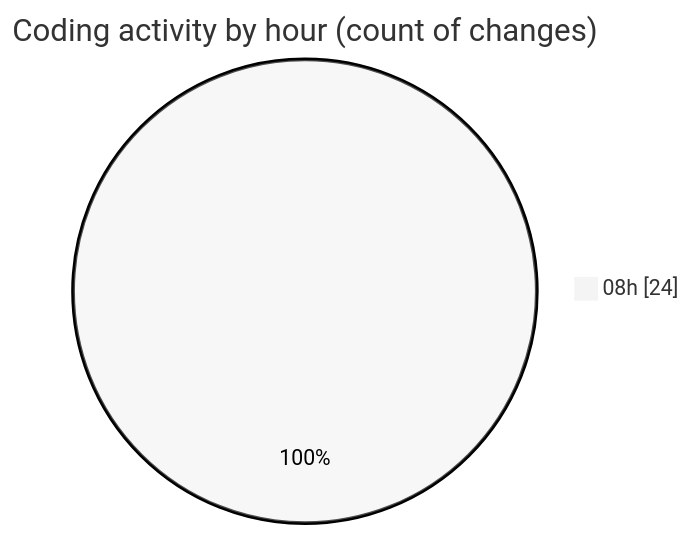
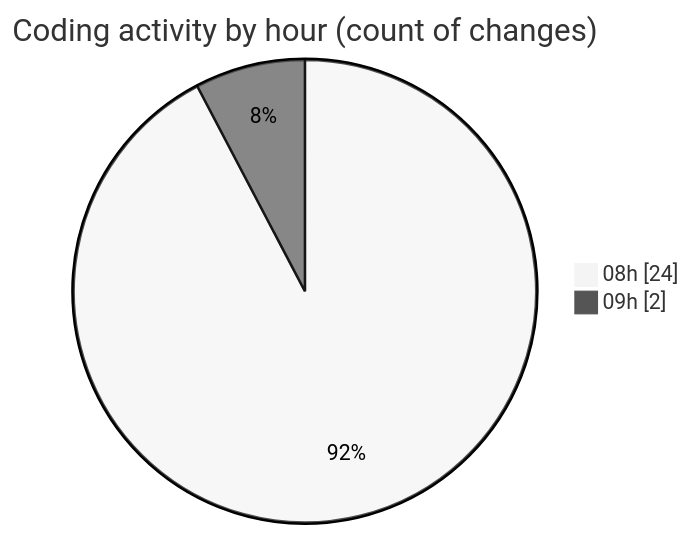
One commit to Elitesun/code-tracking changed the second of 2 diagrams in 2025-05-12/niten/README.md. Above: the diagram before and after it, drawn with Mermaid (neutral theme). The commit also changed other lines of this file and 1 other file, not shown here.

````diff
--- a/2025-05-12/niten/README.md
+++ b/2025-05-12/niten/README.md
@@ -39,5 +41,6 @@
 ```mermaid
 pie showData
 title Coding activity by hour (count of changes)
 "08h" : 24
+"09h" : 2
 ```
````
